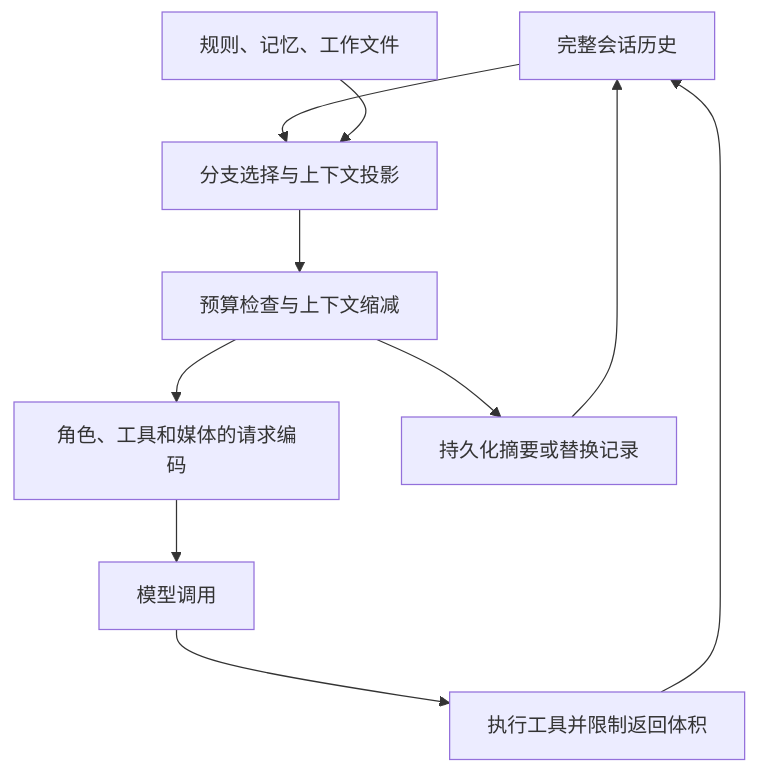
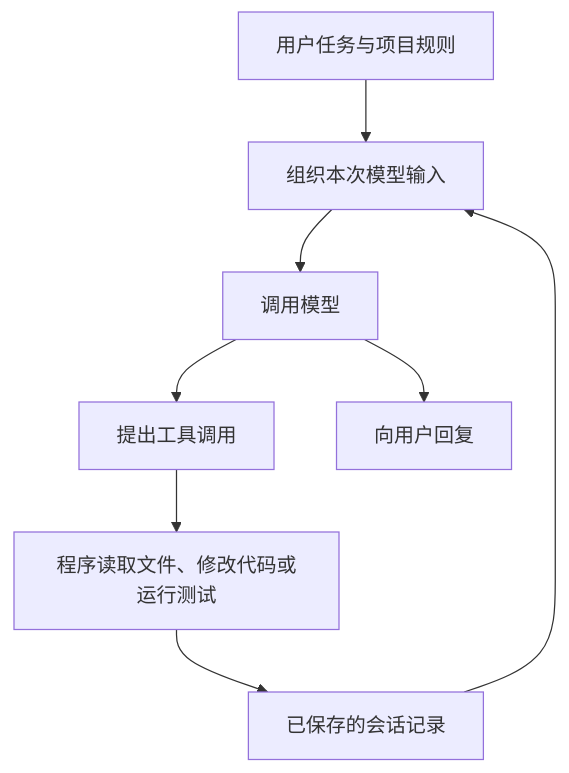
The diagram in content/foundations/Agent/agent-context-management-codex-claude-dsh-pi.md (GKCY/LatentSpace), drawn with Mermaid before and after one commit. The commit also changed other lines of this file, not shown here.

````diff
--- a/content/foundations/Agent/agent-context-management-codex-claude-dsh-pi.md
+++ b/content/foundations/Agent/agent-context-management-codex-claude-dsh-pi.md
@@ -49,12 +25,10 @@
 ```mermaid
 flowchart TD
-    H[完整会话历史] --> P[分支选择与上下文投影]
-    F[规则、记忆、工作文件] --> P
-    P --> B[预算检查与上下文缩减]
-    B --> R[角色、工具和媒体的请求编码]
-    R --> M[模型调用]
-    M --> T[执行工具并限制返回体积]
-    T --> H
-    B --> C[持久化摘要或替换记录]
-    C --> H
+    U[用户任务与项目规则] --> C[组织本次模型输入]
+    H[已保存的会话记录] --> C
+    C --> M[调用模型]
+    M --> T[提出工具调用]
+    T --> E[程序读取文件、修改代码或运行测试]
+    E --> H
+    M --> A[向用户回复]
 ```
````
